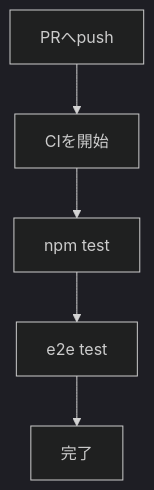
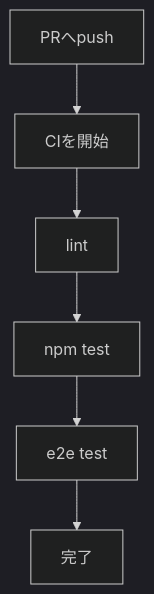
One commit to yuuya-1205/selfsketch-web changed the first of 2 diagrams in docs/design/ci.md. Above: the diagram before and after it, drawn with Mermaid (dark theme). The commit also changed other lines of this file, not shown here.

Commit message:
docs: ci設計の修正 lintの追加

````diff
--- a/docs/design/ci.md
+++ b/docs/design/ci.md
@@ -16,7 +16,8 @@
 ```mermaid
 flowchart TD
   A[PRへpush] --> B[CIを開始]
-  B --> C[npm test]
-  C --> D[e2e test]
-  D --> E[完了]
+  B --> C[lint]
+  C --> D[npm test]
+  D --> E[e2e test]
+  E --> F[完了]
 ```
````
